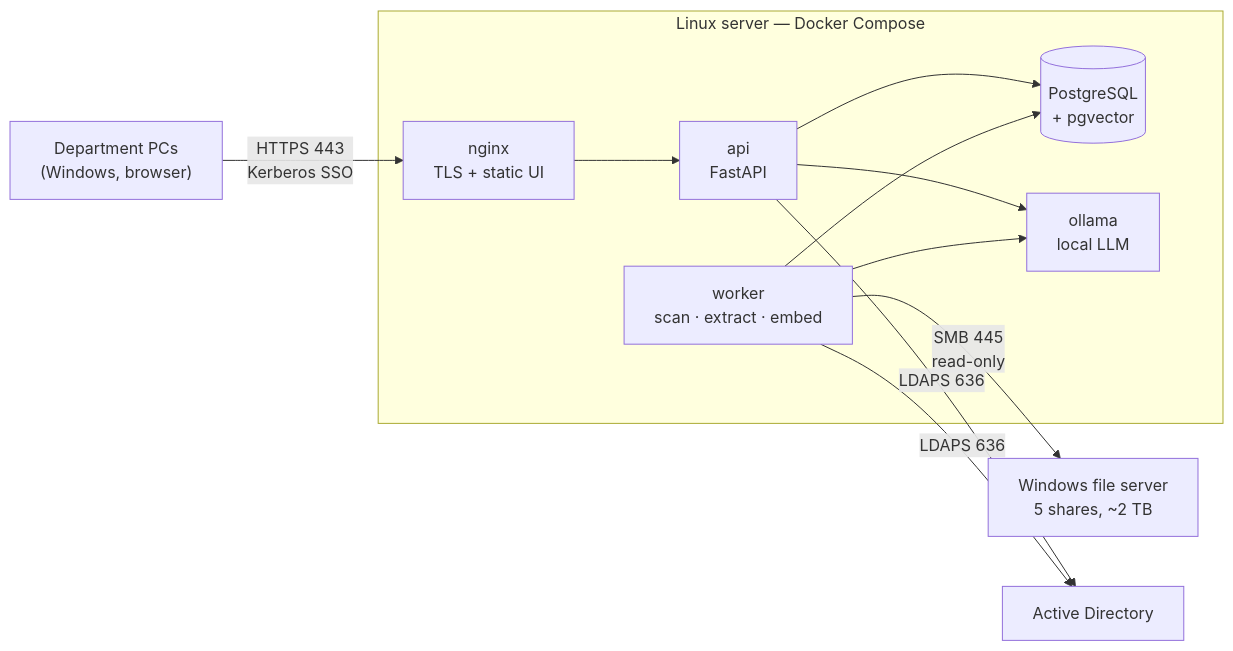
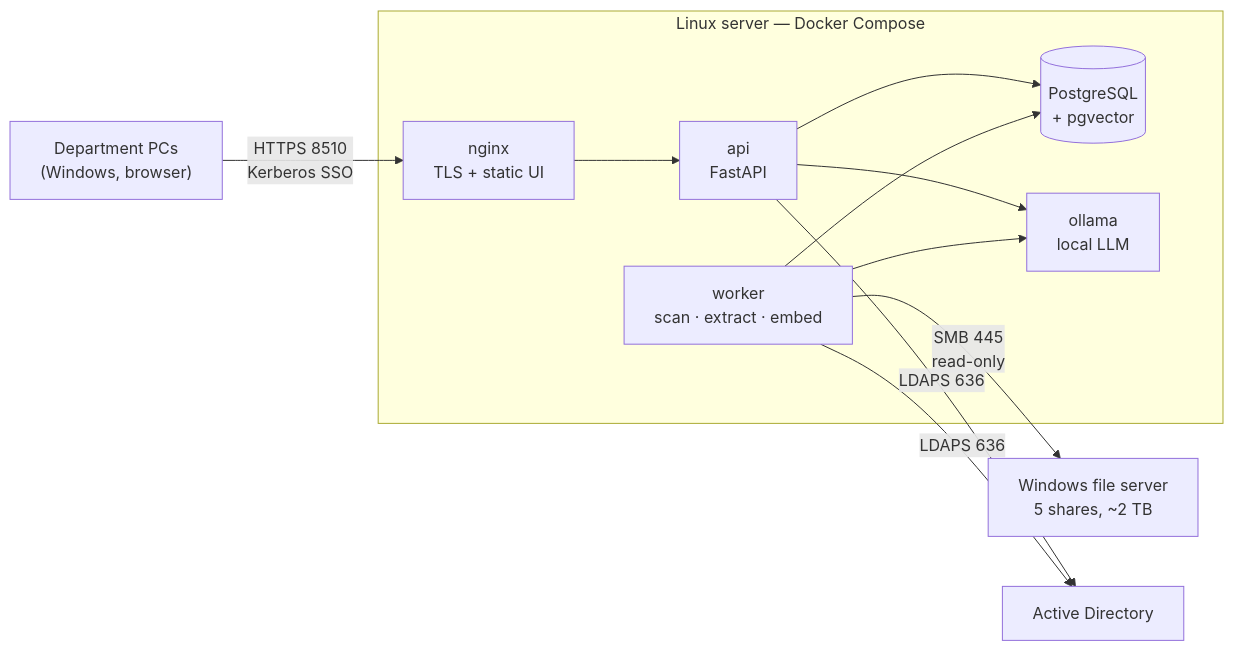
One commit to jlleongarcia/corp-library changed the diagram in docs/ROADMAP.md. Above: the diagram before and after it, drawn with Mermaid. The commit also changed 3 other files, not shown here.

````diff
--- a/docs/ROADMAP.md
+++ b/docs/ROADMAP.md
@@ -42,16 +42,16 @@
 ```mermaid
 flowchart LR
-    PC["Department PCs<br/>(Windows, browser)"] -- "HTTPS 443<br/>Kerberos SSO" --> NGINX
+    PC["Department PCs<br/>(Windows, browser)"] -- "HTTPS 8510<br/>Kerberos SSO" --> NGINX
 
     subgraph LINUX["Linux server — Docker Compose"]
         NGINX["nginx<br/>TLS + static UI"] --> API["api<br/>FastAPI"]
         API --> DB[("PostgreSQL<br/>+ pgvector")]
         API --> LLM["ollama<br/>local LLM"]
         WORKER["worker<br/>scan · extract · embed"] --> DB
         WORKER --> LLM
     end
 
     WORKER -- "SMB 445<br/>read-only" --> FS["Windows file server<br/>5 shares, ~2 TB"]
     API -- "LDAPS 636" --> AD["Active Directory"]
     WORKER -- "LDAPS 636" --> AD
 ```
````
